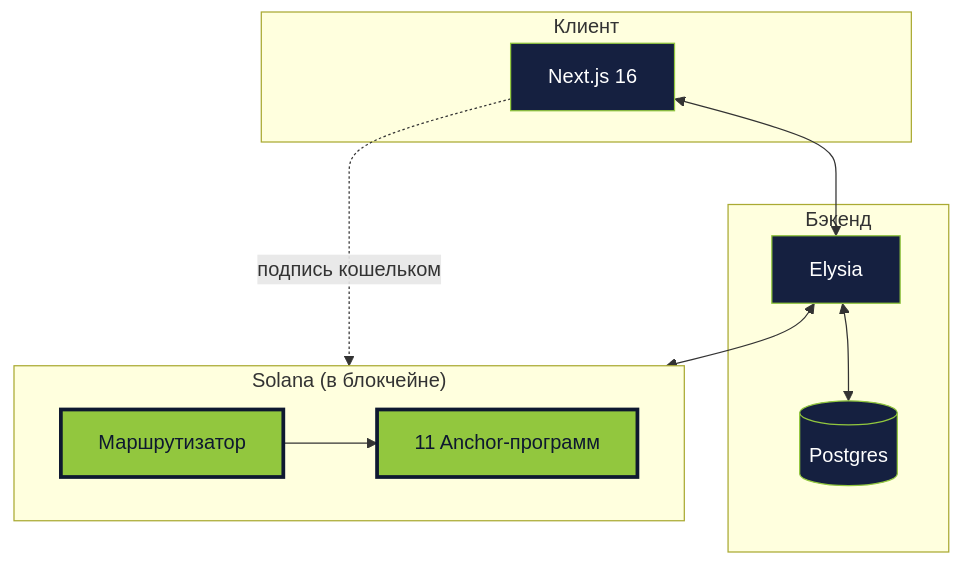
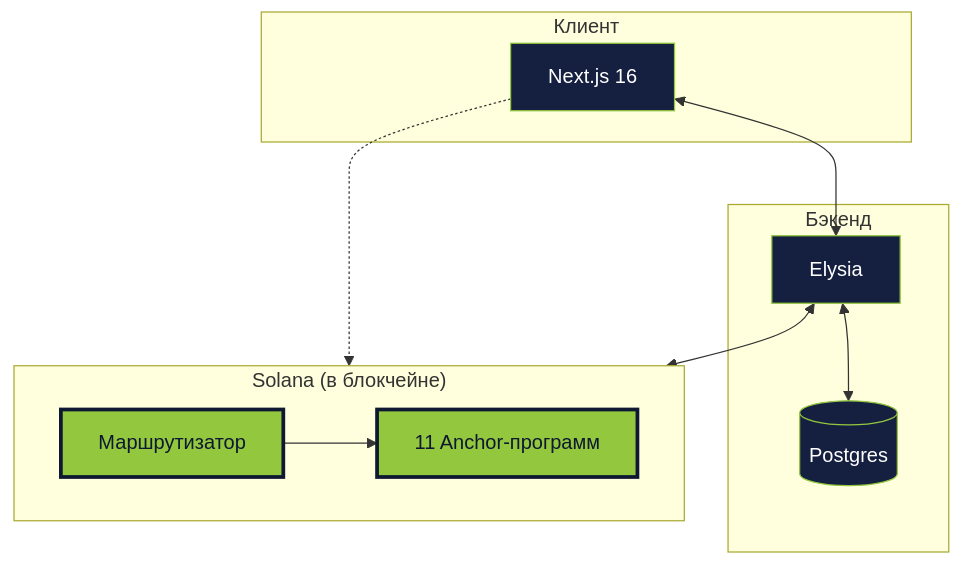
One commit to In-Da-Hack-Decentrathon/presentation changed diagram 13 of 44 in slides.md. Above: the diagram before and after it, drawn with Mermaid. The commit also changed other lines of this file and 1 other file, not shown here.

````diff
--- a/slides.md
+++ b/slides.md
@@ -1689,24 +1689,24 @@
 ```mermaid {scale: 0.5}
 flowchart TB
   subgraph Client ["Клиент"]
     Web[Next.js 16]
   end
   subgraph Backend ["Бэкенд"]
     API[Elysia]
     DB[(Postgres)]
   end
   subgraph Solana ["Solana (в блокчейне)"]
     direction LR
     R[Маршрутизатор]
     Prog[11 Anchor-программ]
     R --> Prog
   end
   Web <--> API
   API <--> DB
   API <--> R
-  Web -.подпись кошельком.-> Prog
+  Web -.-> Prog
   classDef old fill:#152040,stroke:#92c73e,color:#ffffff
   classDef new fill:#92c73e,stroke:#0e1830,color:#0e1830,stroke-width:3px
   class Web,API,DB old
   class R,Prog new
 ```
````
